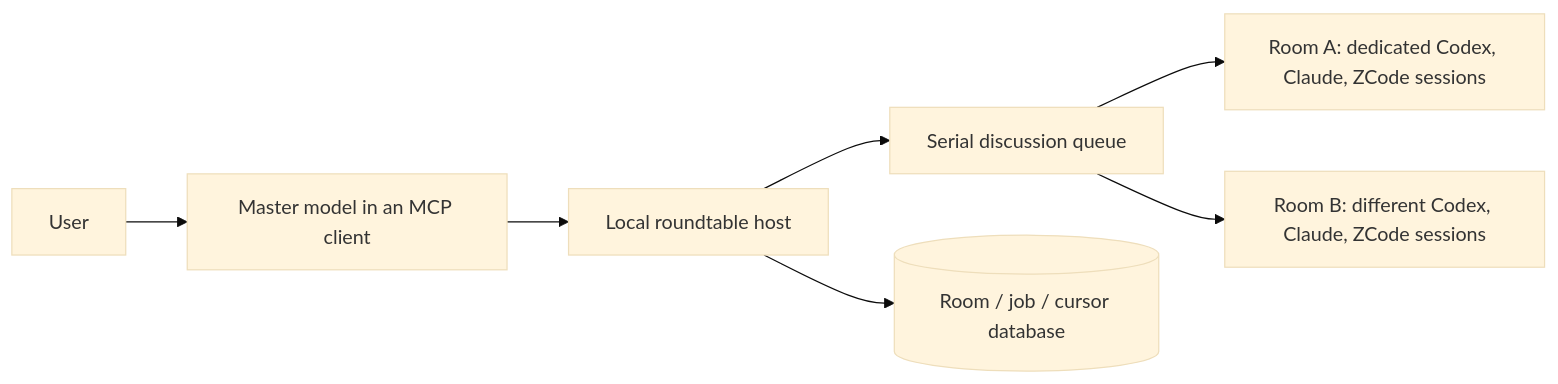
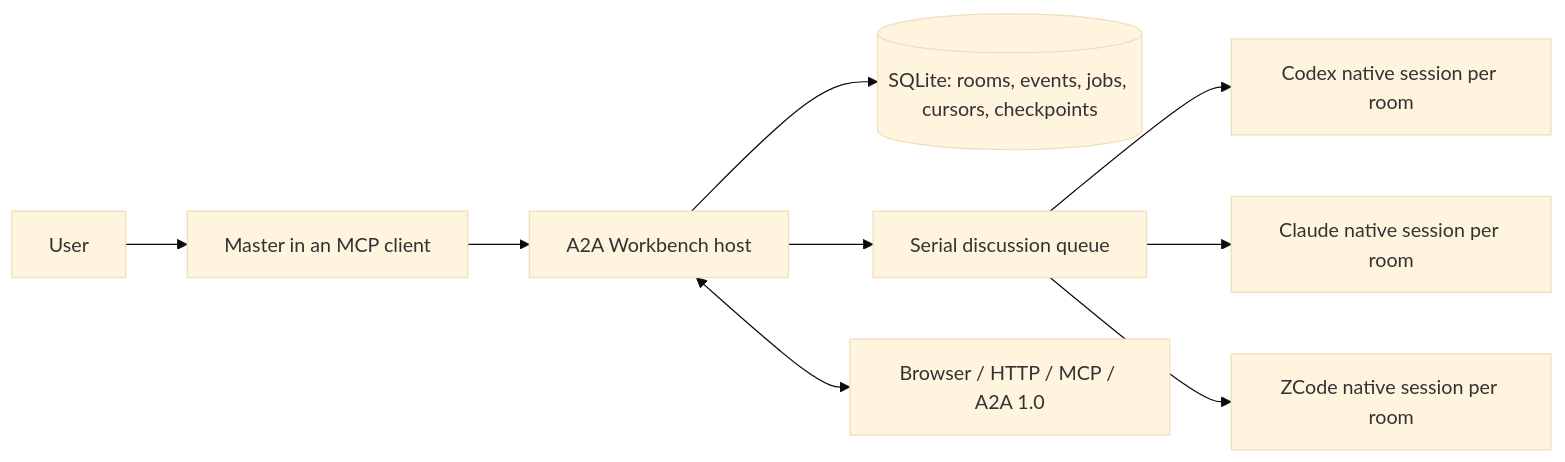
One commit to zhangsensen/a2a-workbench changed the diagram in README.md. Above: the diagram before and after it, drawn with Mermaid (base theme). The commit also changed other lines of this file and 2 other files, not shown here.

Commit message:
docs: rename project to A2A Workbench

````diff
--- a/README.md
+++ b/README.md
@@ -21,9 +64,11 @@
 ```mermaid
 flowchart LR
-    U[User] --> M[Master model in an MCP client]
-    M --> H[Local roundtable host]
+    U[User] --> M[Master in an MCP client]
+    M --> H[A2A Workbench host]
+    H --> DB[(SQLite: rooms, events, jobs, cursors, checkpoints)]
     H --> Q[Serial discussion queue]
-    H --> DB[(Room / job / cursor database)]
-    Q --> A[Room A: dedicated Codex, Claude, ZCode sessions]
-    Q --> B[Room B: different Codex, Claude, ZCode sessions]
+    Q --> C[Codex native session per room]
+    Q --> A[Claude native session per room]
+    Q --> Z[ZCode native session per room]
+    H <--> I[Browser / HTTP / MCP / A2A 1.0]
 ```
````
